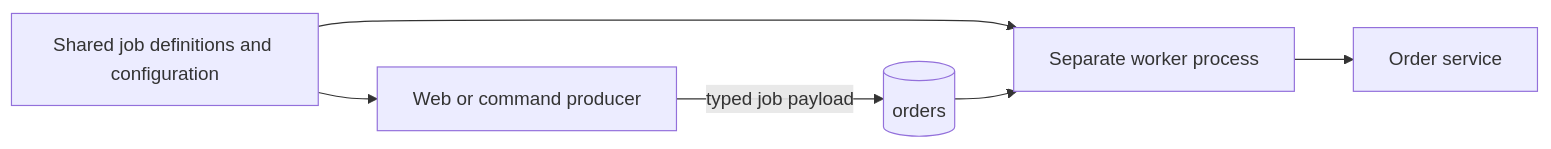
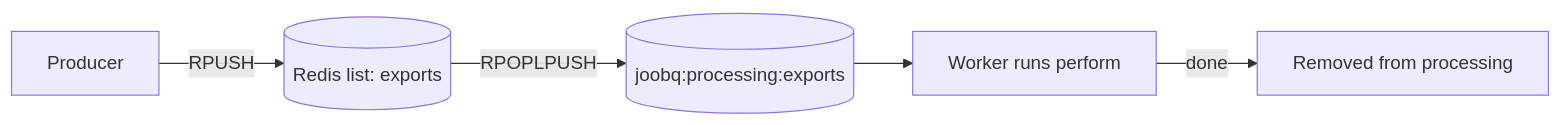
Before and after one commit to azutoolkit/joobq: the diagram in docs/explanation/queues-and-workers.md, drawn with Mermaid. The commit also changed other lines of this file and 38 other files, not shown here.

````diff
--- a/docs/explanation/queues-and-workers.md
+++ b/docs/explanation/queues-and-workers.md
@@ -31,8 +19,7 @@
 ```mermaid
 flowchart LR
-  Web[Web or command producer] -->|typed job payload| Queue[(orders)]
-  Boot[Shared job definitions and configuration] --> Web
-  Boot --> Worker[Separate worker process]
-  Queue --> Worker
-  Worker --> Service[Order service]
+  P[Producer] -->|RPUSH| Q[(Redis list: exports)]
+  Q -->|RPOPLPUSH| Proc[(joobq:processing:exports)]
+  Proc --> W[Worker runs perform]
+  W -->|done| X[Removed from processing]
 ```
````
